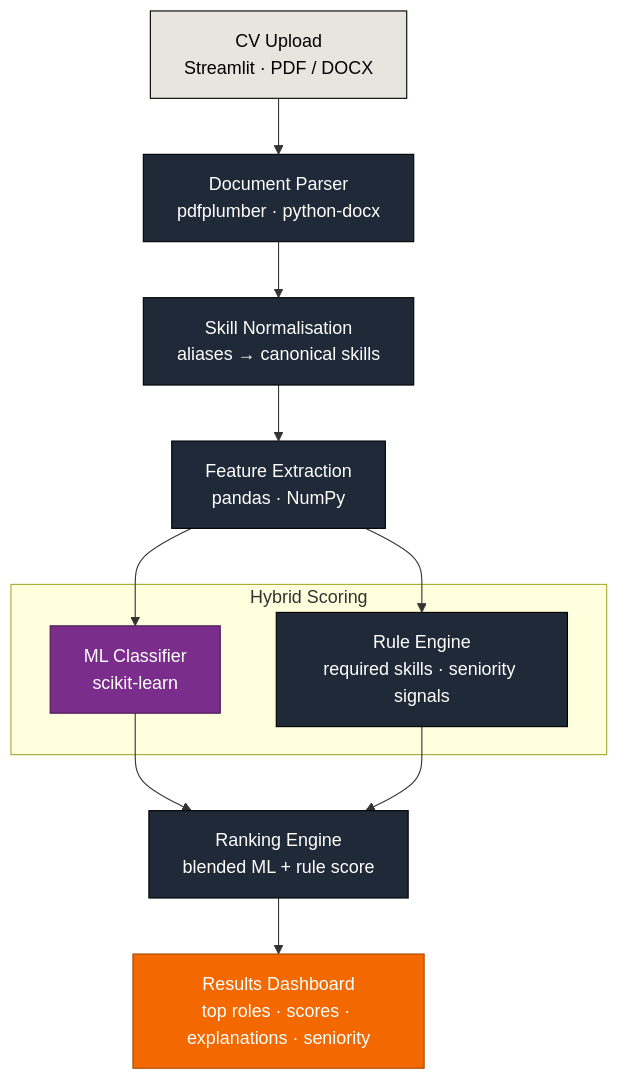
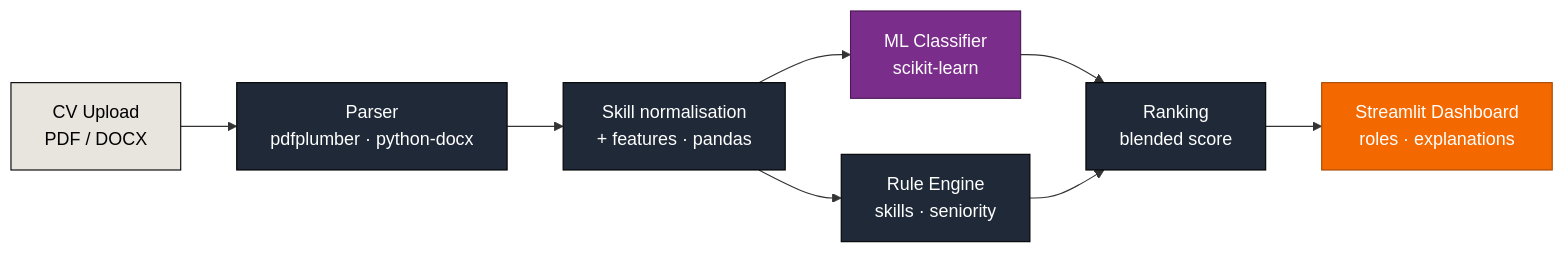
Before and after one commit to StealthyPete12/StealthyPete12: the fifth of 7 diagrams in README.md, drawn with Mermaid. The commit also changed other lines of this file, not shown here.

Commit message:
updated about me and architecture

````diff
--- a/README.md
+++ b/README.md
@@ -656,29 +550,18 @@
 ```mermaid
-flowchart TB
-    UPLOAD["CV Upload<br/>Streamlit · PDF / DOCX"]
-    PARSE["Document Parser<br/>pdfplumber · python-docx"]
-    SKILLS["Skill Normalisation<br/>aliases → canonical skills"]
-    FEAT["Feature Extraction<br/>pandas · NumPy"]
-
-    subgraph SCORING["Hybrid Scoring"]
-        ML["ML Classifier<br/>scikit-learn"]
-        RULES["Rule Engine<br/>required skills · seniority signals"]
-    end
-
-    RANK["Ranking Engine<br/>blended ML + rule score"]
-    DASH["Results Dashboard<br/>top roles · scores · explanations · seniority"]
-
-    UPLOAD --> PARSE --> SKILLS --> FEAT
-    FEAT --> ML --> RANK
-    FEAT --> RULES --> RANK
-    RANK --> DASH
+flowchart LR
+    UPLOAD["CV Upload<br/>PDF / DOCX"] --> PARSE["Parser<br/>pdfplumber · python-docx"]
+    PARSE --> FEAT["Skill normalisation<br/>+ features · pandas"]
+    FEAT --> ML["ML Classifier<br/>scikit-learn"]
+    FEAT --> RULES["Rule Engine<br/>skills · seniority"]
+    ML & RULES --> RANK["Ranking<br/>blended score"]
+    RANK --> DASH["Streamlit Dashboard<br/>roles · explanations"]
 
     classDef client fill:#E8E4DE,stroke:#000,color:#000
     classDef core fill:#1F2937,stroke:#000,color:#fff
     classDef ai fill:#7B2D8B,stroke:#4A1A55,color:#fff
     classDef obs fill:#F46800,stroke:#A84800,color:#fff
     class UPLOAD client
-    class PARSE,SKILLS,FEAT,RULES,RANK core
+    class PARSE,FEAT,RULES,RANK core
     class ML ai
     class DASH obs
 ```
````
